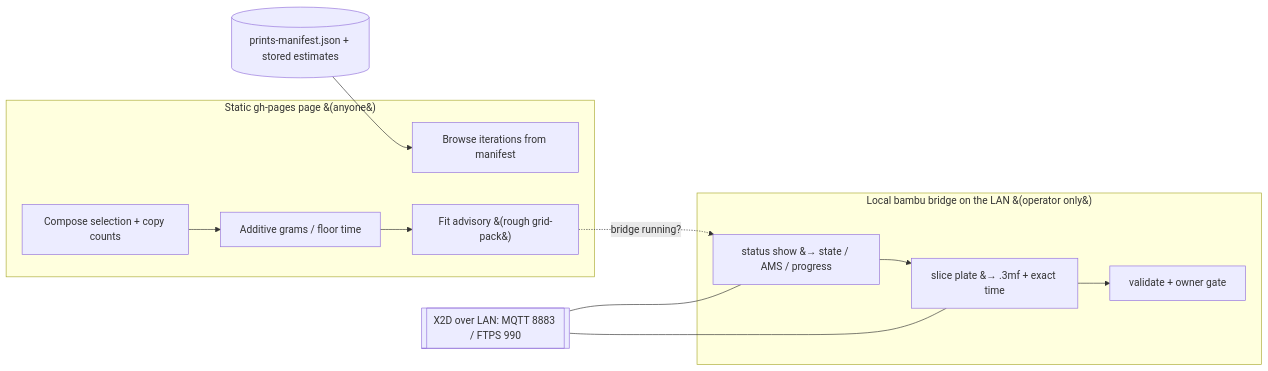
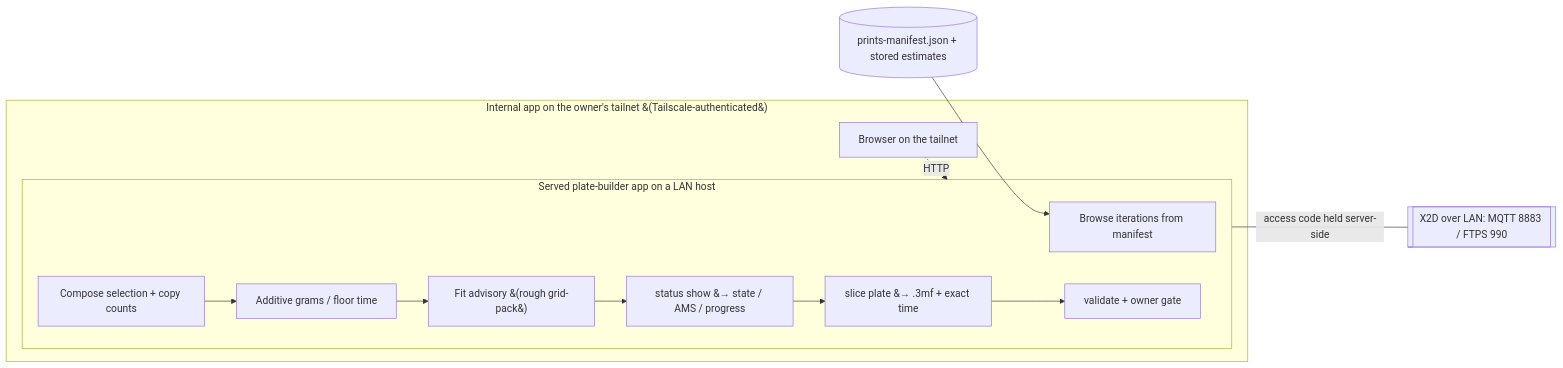
The second of 2 diagrams in docs/plate-builder-design.md (omars-lab/3d-models), drawn with Mermaid before and after one commit. The commit also changed other lines of this file, not shown here.

First line of the commit message:
docs(plate-builder): record PB-1 = Option D (Tailscale internal app), PMR-8 resolved

````diff
--- a/docs/plate-builder-design.md
+++ b/docs/plate-builder-design.md
@@ -164,20 +182,19 @@
 ```mermaid
 flowchart LR
-    subgraph Browser [Static gh-pages page &#40;anyone&#41;]
-      P1[Browse iterations from manifest]
-      P2[Compose selection + copy counts]
-      P3[Additive grams / floor time]
-      P4[Fit advisory &#40;rough grid-pack&#41;]
-    end
-    subgraph Local [Local bambu bridge on the LAN &#40;operator only&#41;]
-      B1[status show &#8594; state / AMS / progress]
-      B2[slice plate &#8594; .3mf + exact time]
-      B3[validate + owner gate]
+    subgraph Tailnet [Internal app on the owner's tailnet &#40;Tailscale-authenticated&#41;]
+      subgraph App [Served plate-builder app on a LAN host]
+        P1[Browse iterations from manifest]
+        P2[Compose selection + copy counts]
+        P3[Additive grams / floor time]
+        P4[Fit advisory &#40;rough grid-pack&#41;]
+        B1[status show &#8594; state / AMS / progress]
+        B2[slice plate &#8594; .3mf + exact time]
+        B3[validate + owner gate]
+      end
+      Browser[Browser on the tailnet] -. HTTP .-> App
     end
     Manifest[(prints-manifest.json + stored estimates)] --> P1
-    P2 --> P3 --> P4
-    P4 -. bridge running? .-> B1
-    B1 --> B2 --> B3
-    Printer[[X2D over LAN: MQTT 8883 / FTPS 990]] --- B1
-    Printer --- B2
+    P2 --> P3 --> P4 --> B1 --> B2 --> B3
+    App -- access code held server-side --- Printer
+    Printer[[X2D over LAN: MQTT 8883 / FTPS 990]]
 ```
````
